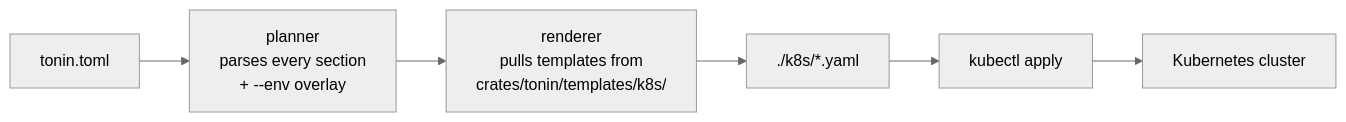
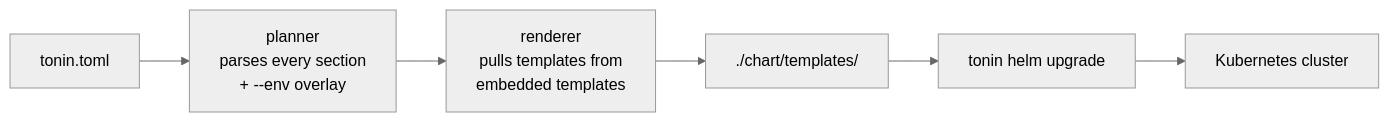
The diagram in docs/12-kubernetes-deploy.md (Rushit/tonin), drawn with Mermaid (neutral theme) before and after one commit. The commit also changed other lines of this file and 8 other files, not shown here.

First line of the commit message:
docs: update deployment guides and API docs for Helm migration and tonin-proxy sidecar

````diff
--- a/docs/12-kubernetes-deploy.md
+++ b/docs/12-kubernetes-deploy.md
@@ -276,8 +260,8 @@
 ```mermaid
 flowchart LR
     A[tonin.toml] --> B[planner<br/>parses every section<br/>+ --env overlay]
-    B --> C[renderer<br/>pulls templates from<br/>crates/tonin/templates/k8s/]
-    C --> D[./k8s/*.yaml]
-    D --> E[kubectl apply]
+    B --> C[renderer<br/>pulls templates from<br/>embedded templates]
+    C --> D[./chart/templates/]
+    D --> E[tonin helm upgrade]
     E --> F[Kubernetes cluster]
 ```
````
